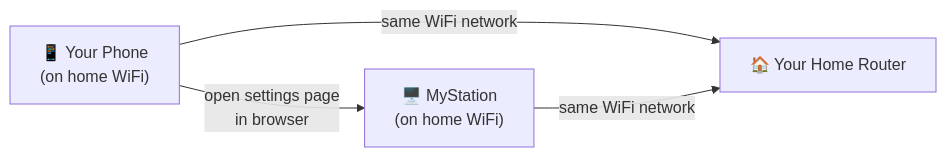
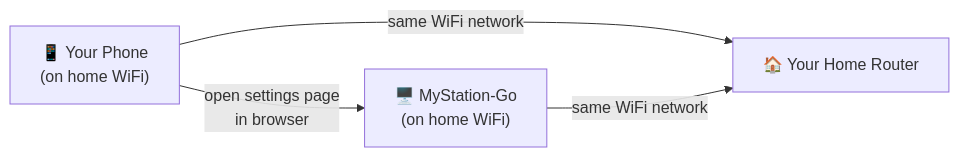
Before and after one commit to gogo-boot/mystation-landing: the second of 3 diagrams in docs/user-guide/network-setup.md, drawn with Mermaid. The commit also changed other lines of this file and 15 other files, not shown here.

````diff
--- a/docs/user-guide/network-setup.md
+++ b/docs/user-guide/network-setup.md
@@ -60,9 +60,9 @@
 ```mermaid
 graph LR
     Phone["📱 Your Phone\n(on home WiFi)"]
     Router["🏠 Your Home Router"]
-    Station["🖥️ MyStation\n(on home WiFi)"]
+    Station["🖥️ MyStation-Go\n(on home WiFi)"]
     Phone -- " same WiFi network " --> Router
     Station -- " same WiFi network " --> Router
     Phone -- " open settings page\nin browser " --> Station
 ```
````
